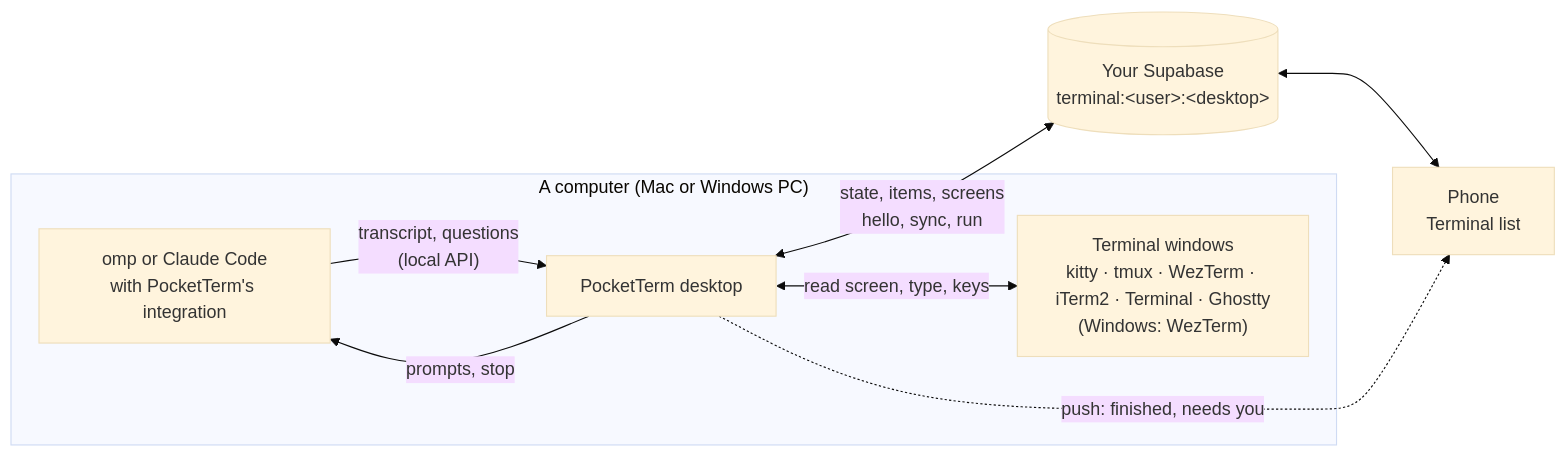
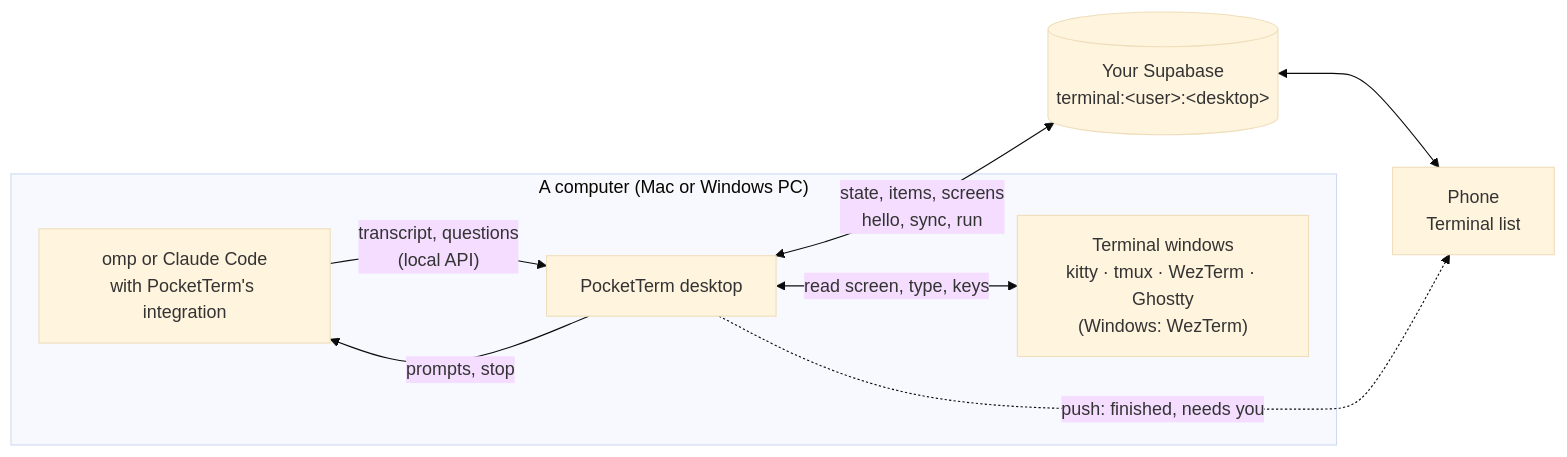
The diagram in docs/ARCHITECTURE.md (danyzmaj-apps/pocketterm), drawn with Mermaid (base theme) before and after one commit. The commit also changed other lines of this file and 29 other files, not shown here.

Commit message:
Terminals: kitty, Ghostty and WezTerm only

````diff
--- a/docs/ARCHITECTURE.md
+++ b/docs/ARCHITECTURE.md
@@ -7,16 +7,16 @@
 ```mermaid
 flowchart LR
   subgraph computer ["A computer (Mac or Windows PC)"]
     agent["omp or Claude Code<br/>with PocketTerm's integration"]
-    term["Terminal windows<br/>kitty · tmux · WezTerm · iTerm2 · Terminal · Ghostty<br/>(Windows: WezTerm)"]
+    term["Terminal windows<br/>kitty · tmux · WezTerm · Ghostty<br/>(Windows: WezTerm)"]
     app["PocketTerm desktop"]
     agent -->|"transcript, questions<br/>(local API)"| app
     app -->|"prompts, stop"| agent
     app <-->|"read screen, type, keys"| term
   end
   rt[("Your Supabase<br/>terminal:&lt;user&gt;:&lt;desktop&gt;")]
   phone["Phone<br/>Terminal list"]
   app <-->|"state, items, screens<br/>hello, sync, run"| rt
   rt <--> phone
   app -.->|"push: finished, needs you"| phone
 ```
````
